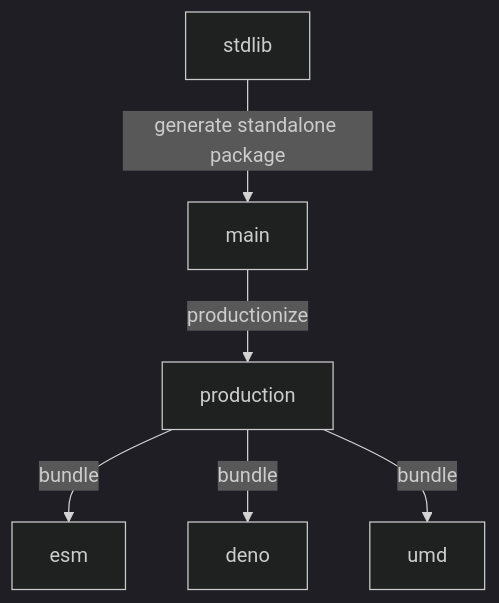
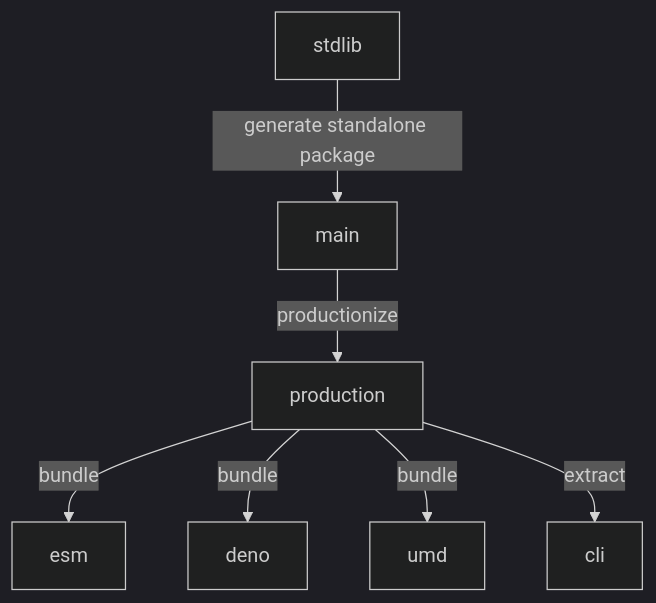
Before and after one commit to stdlib-js/assert-has-async-await-support: the diagram in branches.md, drawn with Mermaid (dark theme). The commit also changed other lines of this file and 8 other files, not shown here.

````diff
--- a/branches.md
+++ b/branches.md
@@ -33,15 +34,17 @@
 ```mermaid
 graph TD;
 A[stdlib]-->|generate standalone package|B;
 B[main] -->|productionize| C[production];
 C -->|bundle| D[esm];
 C -->|bundle| E[deno];
 C -->|bundle| F[umd];
+C -->|extract| G[cli];
 
-click A href "https://github.com/stdlib-js/stdlib/tree/develop/lib/node_modules/%40stdlib/assert/has-async-await-support"
-click B href "https://github.com/stdlib-js/assert-has-async-await-support/tree/main"
-click C href "https://github.com/stdlib-js/assert-has-async-await-support/tree/production"
-click D href "https://github.com/stdlib-js/assert-has-async-await-support/tree/esm"
-click E href "https://github.com/stdlib-js/assert-has-async-await-support/tree/deno"
-click F href "https://github.com/stdlib-js/assert-has-async-await-support/tree/umd"
+%% click A href "https://github.com/stdlib-js/stdlib/tree/develop/lib/node_modules/%40stdlib/assert/has-async-await-support"
+%% click B href "https://github.com/stdlib-js/assert-has-async-await-support/tree/main"
+%% click C href "https://github.com/stdlib-js/assert-has-async-await-support/tree/production"
+%% click D href "https://github.com/stdlib-js/assert-has-async-await-support/tree/esm"
+%% click E href "https://github.com/stdlib-js/assert-has-async-await-support/tree/deno"
+%% click F href "https://github.com/stdlib-js/assert-has-async-await-support/tree/umd"
+%% click G href "https://github.com/stdlib-js/assert-has-async-await-support/tree/cli"
 ```
````
